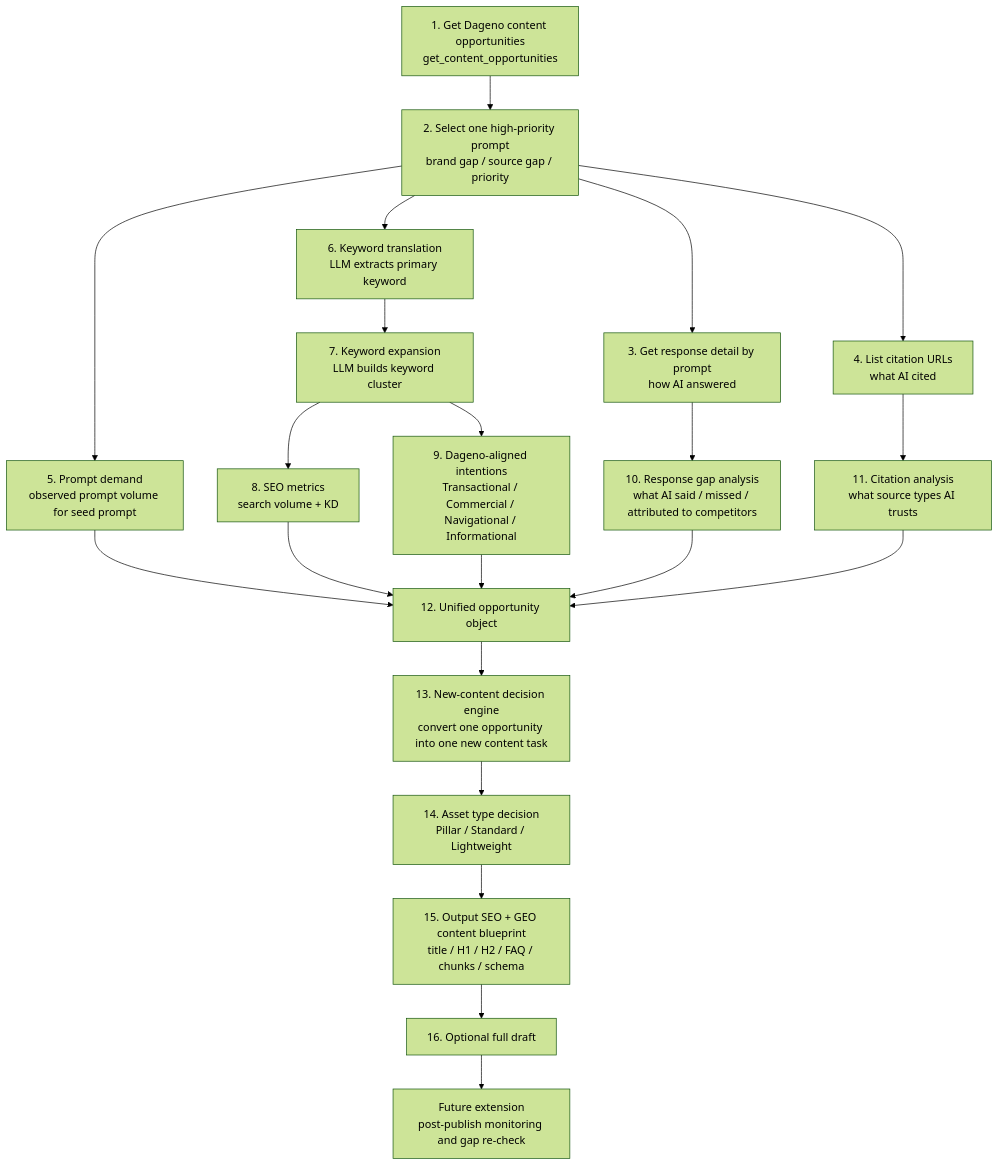
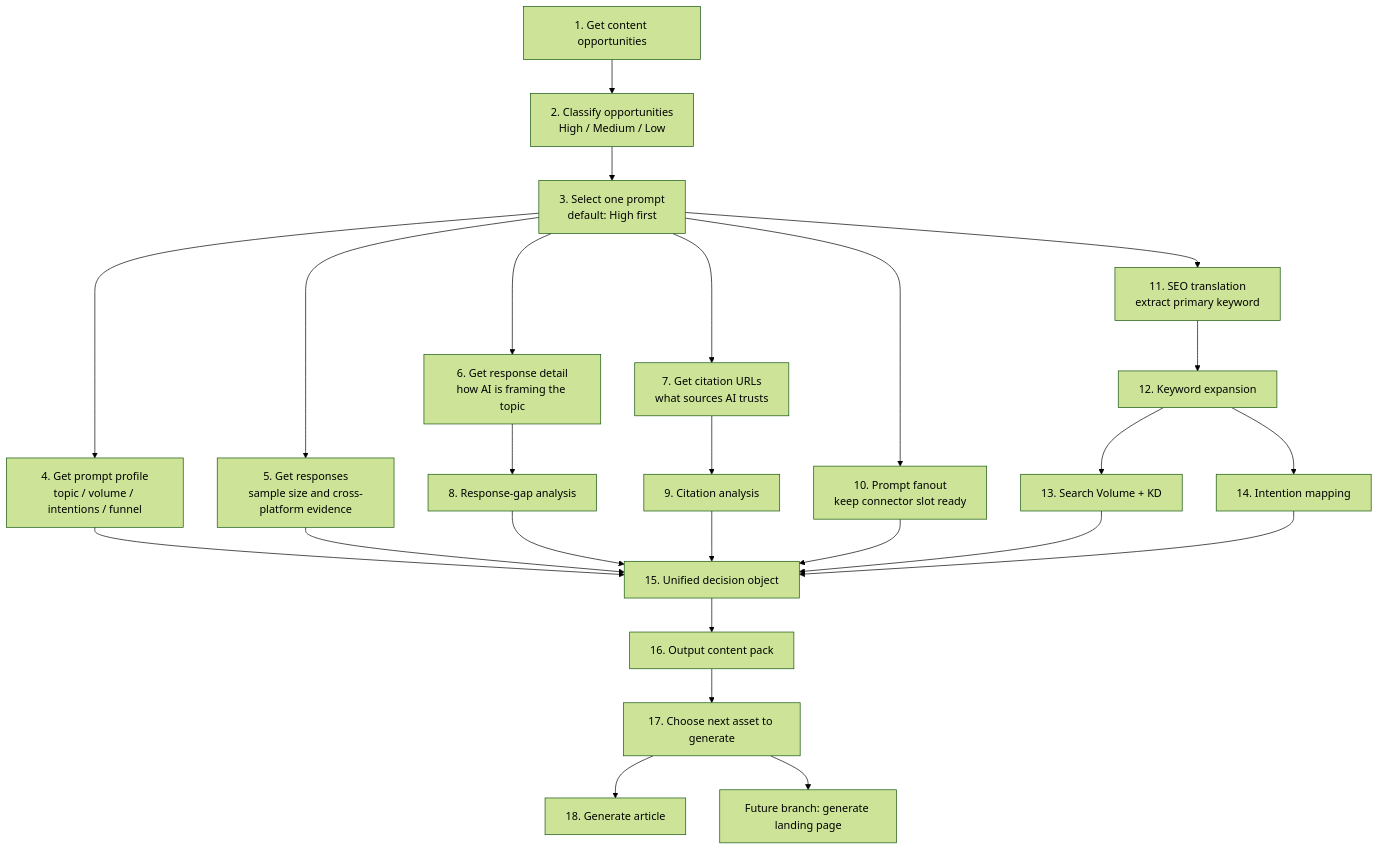
Before and after one commit to GEO-SEO/dageno-mcp-growth-playbook: the diagram in README.md, drawn with Mermaid (forest theme). The commit also changed other lines of this file and 4 other files, not shown here.

Commit message:
Reframe skill around opportunity tiers and content packs

````diff
--- a/README.md
+++ b/README.md
@@ -101,28 +114,31 @@
 ```mermaid
 flowchart TD
-    A["1. Get Dageno content opportunities<br/>get_content_opportunities"] --> B["2. Select one high-priority prompt<br/>brand gap / source gap / priority"]
-    B --> C["3. Get response detail by prompt<br/>how AI answered"]
-    B --> D["4. List citation URLs<br/>what AI cited"]
+    A["1. Get content opportunities"] --> B["2. Classify opportunities<br/>High / Medium / Low"]
+    B --> C["3. Select one prompt<br/>default: High first"]
+    C --> D["4. Get prompt profile<br/>topic / volume / intentions / funnel"]
+    C --> E["5. Get responses<br/>sample size and cross-platform evidence"]
+    C --> F["6. Get response detail<br/>how AI is framing the topic"]
+    C --> G["7. Get citation URLs<br/>what sources AI trusts"]
 
-    B --> E["5. Prompt demand<br/>observed prompt volume for seed prompt"]
-    B --> F["6. Keyword translation<br/>LLM extracts primary keyword"]
-    F --> G["7. Keyword expansion<br/>LLM builds keyword cluster"]
-    G --> H["8. SEO metrics<br/>search volume + KD"]
-    G --> I["9. Dageno-aligned intentions<br/>Transactional / Commercial / Navigational / Informational"]
+    F --> H["8. Response-gap analysis"]
+    G --> I["9. Citation analysis"]
 
-    C --> J["10. Response gap analysis<br/>what AI said / missed / attributed to competitors"]
-    D --> K["11. Citation analysis<br/>what source types AI trusts"]
+    C --> J["10. Prompt fanout<br/>keep connector slot ready"]
+    C --> K["11. SEO translation<br/>extract primary keyword"]
+    K --> L["12. Keyword expansion"]
+    L --> M["13. Search Volume + KD"]
+    L --> N["14. Intention mapping"]
 
-    E --> L["12. Unified opportunity object"]
-    H --> L
-    I --> L
-    J --> L
-    K --> L
+    D --> O["15. Unified decision object"]
+    E --> O
+    H --> O
+    I --> O
+    J --> O
+    M --> O
+    N --> O
 
-    L --> M["13. New-content decision engine<br/>convert one opportunity into one new content task"]
-    M --> N["14. Asset type decision<br/>Pillar / Standard / Lightweight"]
-    N --> O["15. Output SEO + GEO content blueprint<br/>title / H1 / H2 / FAQ / chunks / schema"]
-    O --> P["16. Optional full draft"]
-
-    P --> Q["Future extension<br/>post-publish monitoring and gap re-check"]
+    O --> P["16. Output content pack"]
+    P --> Q["17. Choose next asset to generate"]
+    Q --> R["18. Generate article"]
+    Q --> S["Future branch: generate landing page"]
 ```
````
